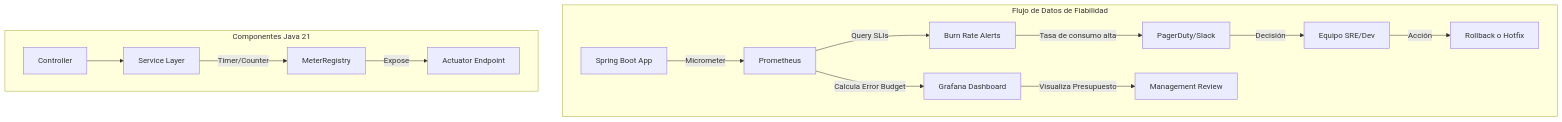
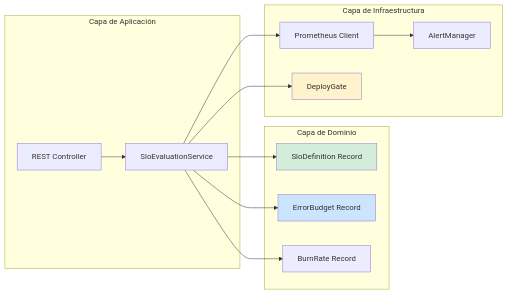
One commit to Joaquinriosheredia/DAM-Java-Mastery changed the second of 3 diagrams in 05_SRE_DevOps/sli_slo_y_slas_diseno_y_aplicacion_real_en_microservicios_java_STAFF.md. Above: the diagram before and after it, drawn with Mermaid. The commit also changed other lines of this file, not shown here.

Commit message:
sli_slo_y_slas_diseno_y_aplicacion_real_en_microservicios_java_STAFF.md

````diff
--- a/05_SRE_DevOps/sli_slo_y_slas_diseno_y_aplicacion_real_en_microservicios_java_STAFF.md
+++ b/05_SRE_DevOps/sli_slo_y_slas_diseno_y_aplicacion_real_en_microservicios_java_STAFF.md
@@ -91,19 +151,31 @@
 ```mermaid
-graph TD
-    subgraph "Flujo de Datos de Fiabilidad"
-        APP[Spring Boot App] -->|Micrometer| PROM[Prometheus]
-        PROM -->|Query SLIs| SLO_BURN[Burn Rate Alerts]
-        SLO_BURN -->|Tasa de consumo alta| ALERT[PagerDuty/Slack]
-        ALERT -->|Decisión| TEAM[Equipo SRE/Dev]
-        TEAM -->|Acción| ROLLBACK[Rollback o Hotfix]
-        
-        PROM -->|Calcula Error Budget| DASH[Grafana Dashboard]
-        DASH -->|Visualiza Presupuesto| MGMT[Management Review]
+graph LR
+    subgraph "Capa de Aplicación"
+        API[REST Controller]
+        SVC[SloEvaluationService]
     end
-
-    subgraph "Componentes Java 21"
-        CTRL[Controller] --> SVC[Service Layer]
-        SVC -->|Timer/Counter| REG[MeterRegistry]
-        REG -->|Expose| ACT[Actuator Endpoint]
+    
+    subgraph "Capa de Dominio"
+        SLO[SloDefinition Record]
+        BUDGET[ErrorBudget Record]
+        BURN[BurnRate Record]
     end
+    
+    subgraph "Capa de Infraestructura"
+        PROM[Prometheus Client]
+        ALERT[AlertManager]
+        GATE[DeployGate]
+    end
+    
+    API --> SVC
+    SVC --> SLO
+    SVC --> BUDGET
+    SVC --> BURN
+    SVC --> PROM
+    PROM --> ALERT
+    SVC --> GATE
+    
+    style SLO fill:#d4edda
+    style BUDGET fill:#cce5ff
+    style GATE fill:#fff3cd
 ```
````
